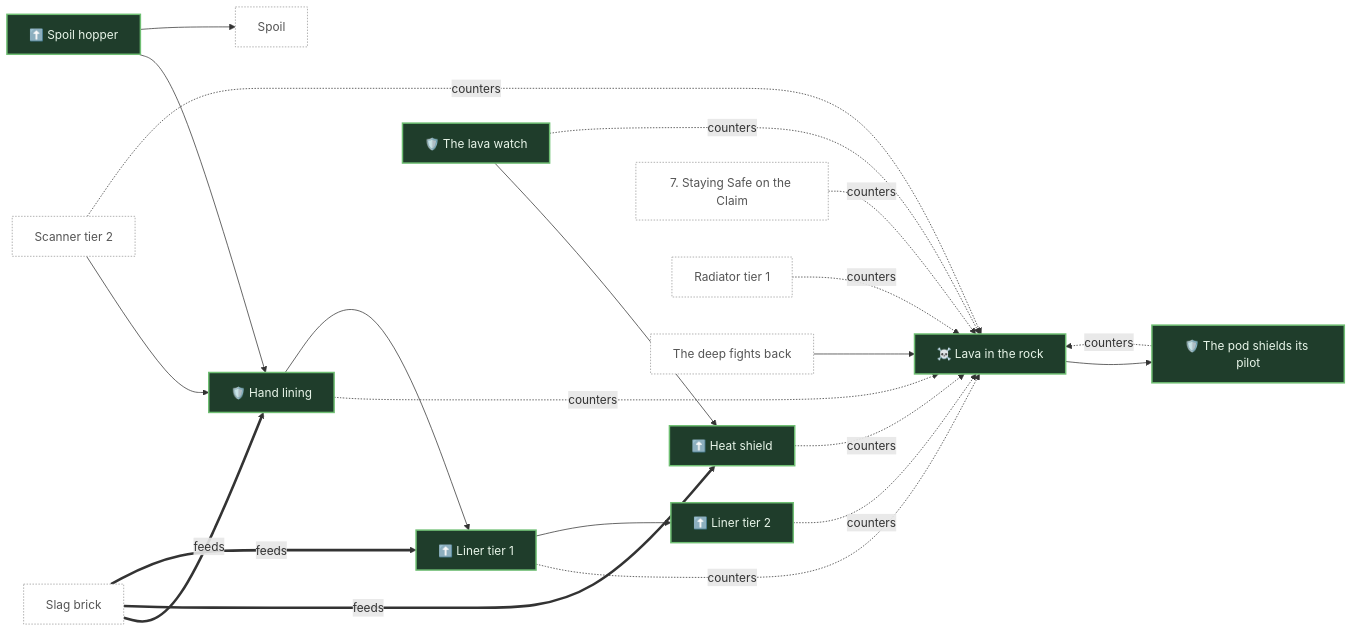
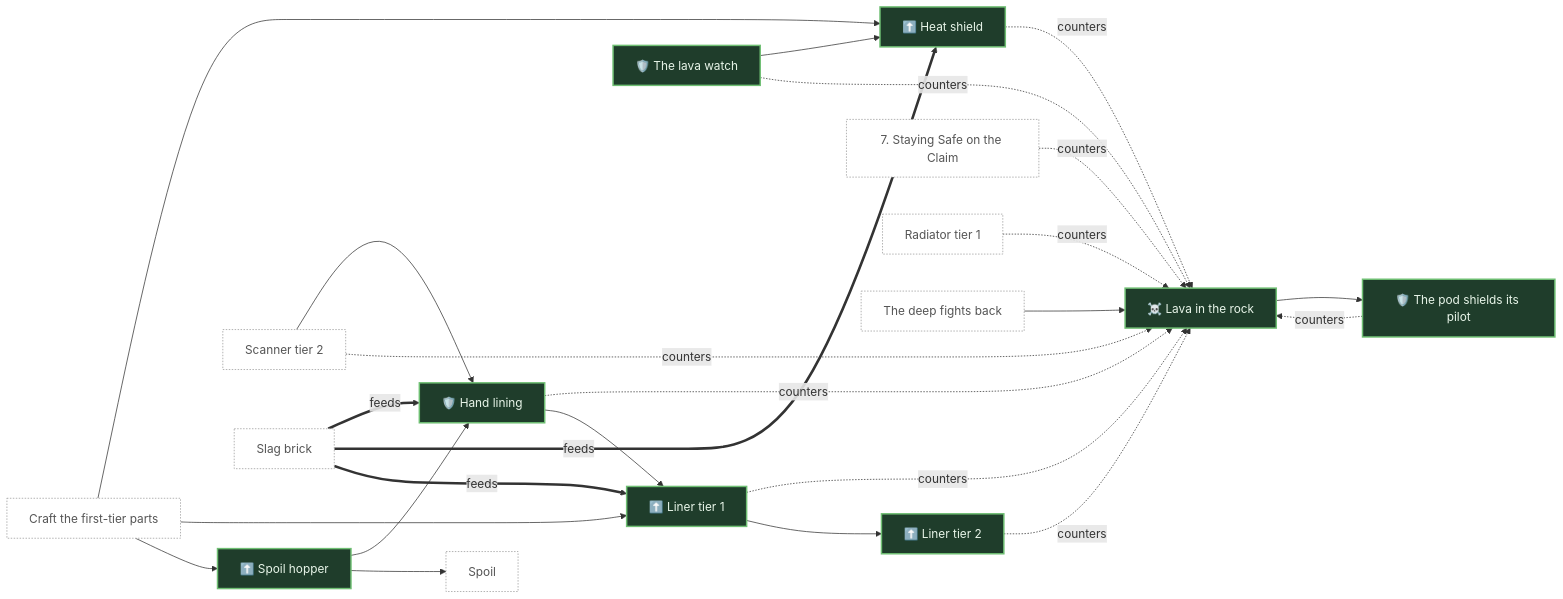
Diagram 15 of 30 in docs/FEATURE-MAP.md (pkeppeler/deepcharter), drawn with Mermaid before and after one commit. The commit also changed other lines of this file and 47 other files, not shown here.

````diff
--- a/docs/FEATURE-MAP.md
+++ b/docs/FEATURE-MAP.md
@@ -790,44 +796,48 @@
 ```mermaid
 flowchart LR
   n_lava["☠️ Lava in the rock"]
   n_pilot_shield["🛡️ The pod shields its pilot"]
   n_spoil_hopper["⬆️ Spoil hopper"]
   n_hand_lining["🛡️ Hand lining"]
   n_liner_t1["⬆️ Liner tier 1"]
   n_liner_t2["⬆️ Liner tier 2"]
   n_lava_watch["🛡️ The lava watch"]
   n_heat_shield["⬆️ Heat shield"]
   n_hb_staying_safe["7. Staying Safe on the Claim"]
+  n_parts_from_crafting["Craft the first-tier parts"]
   n_radiator_t1["Radiator tier 1"]
   n_scanner_t2["Scanner tier 2"]
   n_slag_brick["Slag brick"]
   n_spoil["Spoil"]
   n_the_deep_bites["The deep fights back"]
   n_hand_lining -. counters .-> n_lava
   n_hand_lining --> n_liner_t1
   n_hb_staying_safe -. counters .-> n_lava
   n_heat_shield -. counters .-> n_lava
   n_lava --> n_pilot_shield
   n_lava_watch --> n_heat_shield
   n_lava_watch -. counters .-> n_lava
   n_liner_t1 -. counters .-> n_lava
   n_liner_t1 --> n_liner_t2
   n_liner_t2 -. counters .-> n_lava
+  n_parts_from_crafting --> n_heat_shield
+  n_parts_from_crafting --> n_liner_t1
+  n_parts_from_crafting --> n_spoil_hopper
   n_pilot_shield -. counters .-> n_lava
   n_radiator_t1 -. counters .-> n_lava
   n_scanner_t2 --> n_hand_lining
   n_scanner_t2 -. counters .-> n_lava
   n_slag_brick == feeds ==> n_hand_lining
   n_slag_brick == feeds ==> n_heat_shield
   n_slag_brick == feeds ==> n_liner_t1
   n_spoil_hopper --> n_hand_lining
   n_spoil_hopper --> n_spoil
   n_the_deep_bites --> n_lava
   classDef built fill:#1f3d2b,stroke:#6fbf73,stroke-width:2px,color:#e8f5e9
   classDef progress fill:#4a3a10,stroke:#f0b429,stroke-width:2px,color:#fff3d6
   classDef planned fill:#2e2e2e,stroke:#9e9e9e,stroke-width:1px,color:#d6d6d6
   classDef idea fill:#1a1a1a,stroke:#757575,stroke-width:1px,stroke-dasharray:4 3,color:#a0a0a0
   classDef ext fill:#ffffff,stroke:#999999,stroke-width:1px,stroke-dasharray:2 2,color:#555555
   class n_lava,n_pilot_shield,n_spoil_hopper,n_hand_lining,n_liner_t1,n_liner_t2,n_lava_watch,n_heat_shield built
-  class n_hb_staying_safe,n_radiator_t1,n_scanner_t2,n_slag_brick,n_spoil,n_the_deep_bites ext
+  class n_hb_staying_safe,n_parts_from_crafting,n_radiator_t1,n_scanner_t2,n_slag_brick,n_spoil,n_the_deep_bites ext
 ```
````
